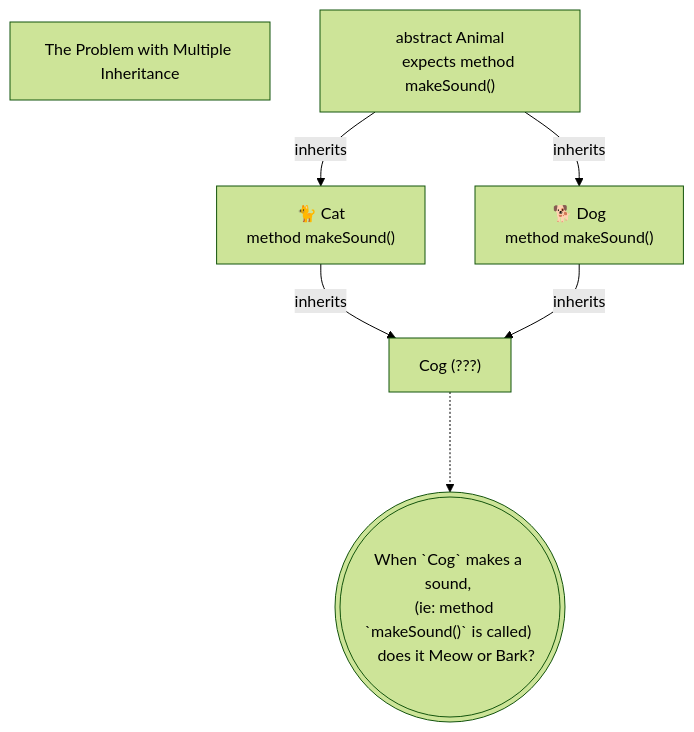
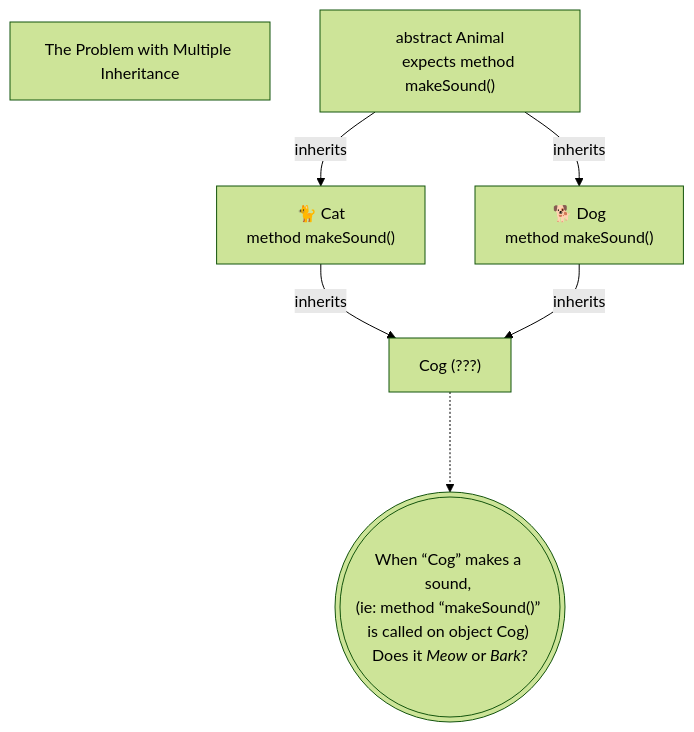
The seventh of 7 diagrams in 09-ClassOrientedProgramming.md (realityexpander/How_to_program_from_ground_up), drawn with Mermaid (forest theme) before and after one commit. The commit also changed other lines of this file, not shown here.

````diff
--- a/09-ClassOrientedProgramming.md
+++ b/09-ClassOrientedProgramming.md
@@ -536,17 +617,17 @@
     ```mermaid
       flowchart TD
          X["The Problem with Multiple Inheritance"]
          Animal["
            abstract Animal
            expects method makeSound()
          "] -->|inherits| Cat["🐈 Cat
             method makeSound()
          "] & Dog["🐕 Dog
              method makeSound()
          "]-->|inherits| Cog???["Cog (???)"]
       
-         Cog??? -..-> Y((("
-         When `Cog` makes a sound, 
-         (ie: method `makeSound()` is called) 
-         does it Meow or Bark?"))) 
+         Cog??? -..-> Y((("`
+         When “Cog” makes a sound, 
+         (ie: method “makeSound()” is called on object Cog) 
+         Does it _Meow_ or _Bark_?`"))) 
       ```
````
